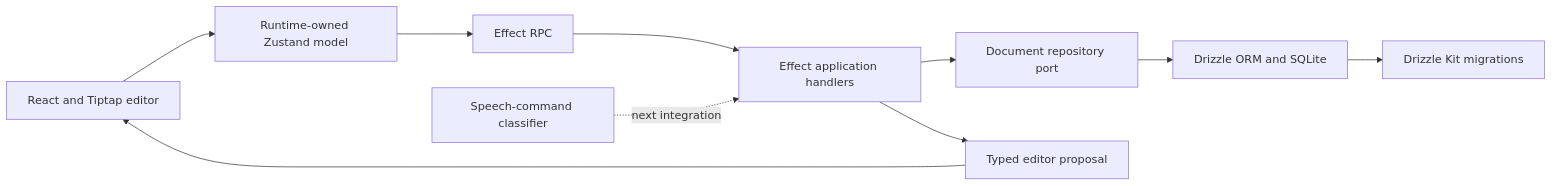
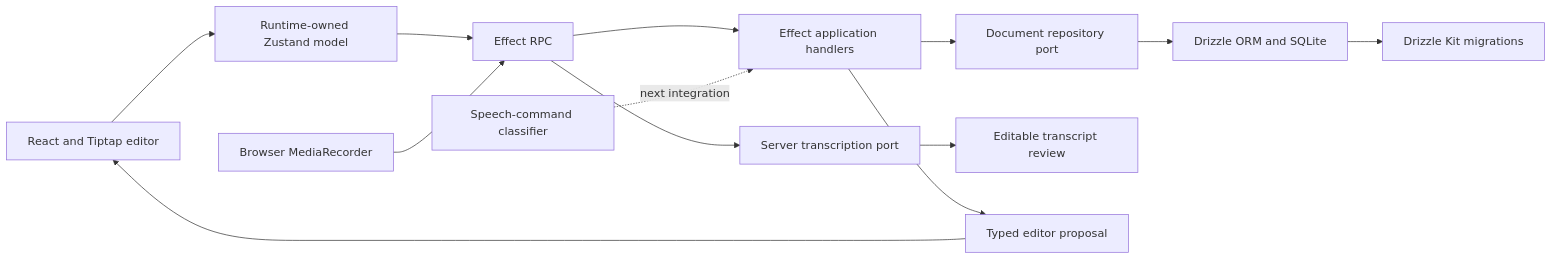
The diagram in README.md (seanstrom/sudowrite-technical), drawn with Mermaid before and after one commit. The commit also changed other lines of this file and 21 other files, not shown here.

````diff
--- a/README.md
+++ b/README.md
@@ -35,12 +38,15 @@
 ```mermaid
 flowchart LR
   Editor["React and Tiptap editor"] --> Runtime["Runtime-owned Zustand model"]
   Runtime --> RPC["Effect RPC"]
   RPC --> Application["Effect application handlers"]
   Application --> Repository["Document repository port"]
   Repository --> Storage["Drizzle ORM and SQLite"]
   Storage --> Migrations["Drizzle Kit migrations"]
+  Capture["Browser MediaRecorder"] --> RPC
+  RPC --> Transcription["Server transcription port"]
+  Transcription --> Review["Editable transcript review"]
   Classifier["Speech-command classifier"] -. "next integration" .-> Application
   Application --> Proposal["Typed editor proposal"]
   Proposal --> Editor
 ```
````
